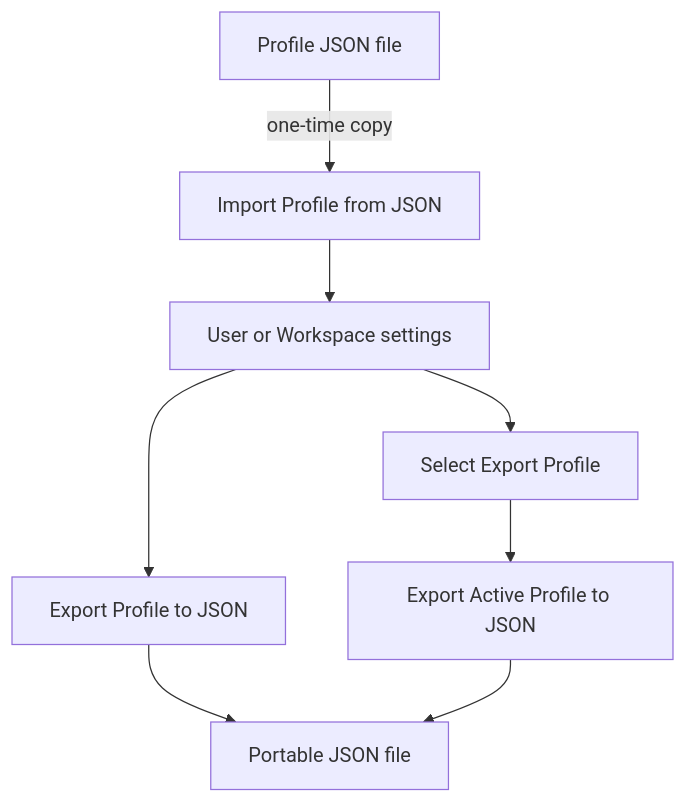
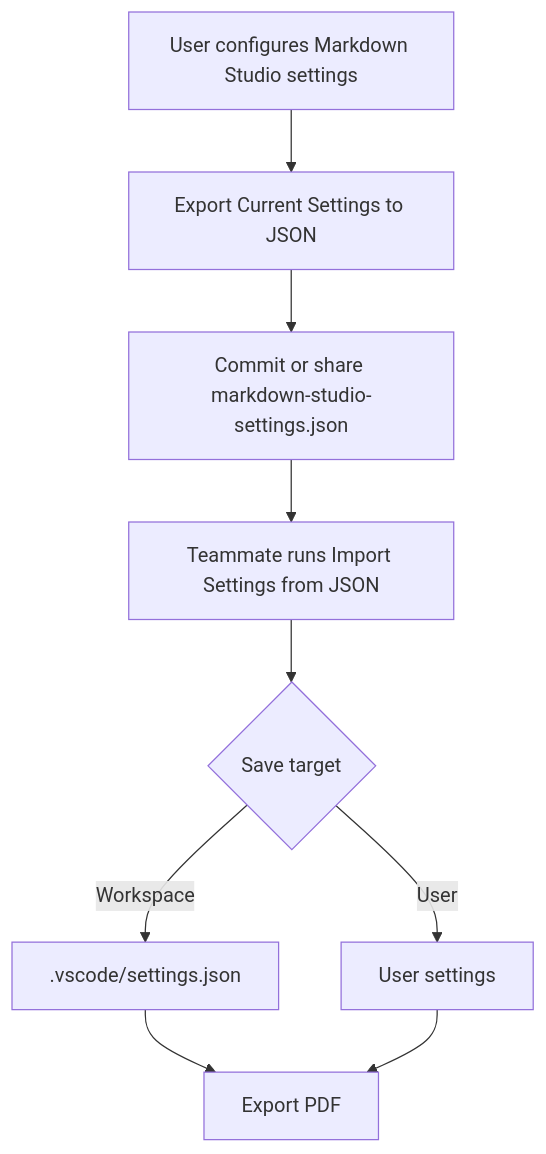
One commit to kino-6/vscode-markdown-studio changed the diagram in docs/plans/export-profiles-plan.md. Above: the diagram before and after it, drawn with Mermaid. The commit also changed other lines of this file and 26 other files, not shown here.

Commit message:
Simplify portable settings import export

````diff
--- a/docs/plans/export-profiles-plan.md
+++ b/docs/plans/export-profiles-plan.md
@@ -99,18 +19,11 @@
 ```mermaid
 flowchart TD
-  JsonFile[Profile JSON file]
-  Import[Import Profile from JSON]
-  Settings[User or Workspace settings]
-  Select[Select Export Profile]
-  ExportActive[Export Active Profile to JSON]
-  ExportAny[Export Profile to JSON]
-  NewJson[Portable JSON file]
-
-  JsonFile -->|one-time copy| Import
-  Import --> Settings
-  Settings --> Select
-  Settings --> ExportAny
-  Select --> ExportActive
-  ExportAny --> NewJson
-  ExportActive --> NewJson
+  A[User configures Markdown Studio settings] --> B[Export Current Settings to JSON]
+  B --> C[Commit or share markdown-studio-settings.json]
+  C --> D[Teammate runs Import Settings from JSON]
+  D --> E{Save target}
+  E -->|Workspace| F[.vscode/settings.json]
+  E -->|User| G[User settings]
+  F --> H[Export PDF]
+  G --> H
 ```
````
